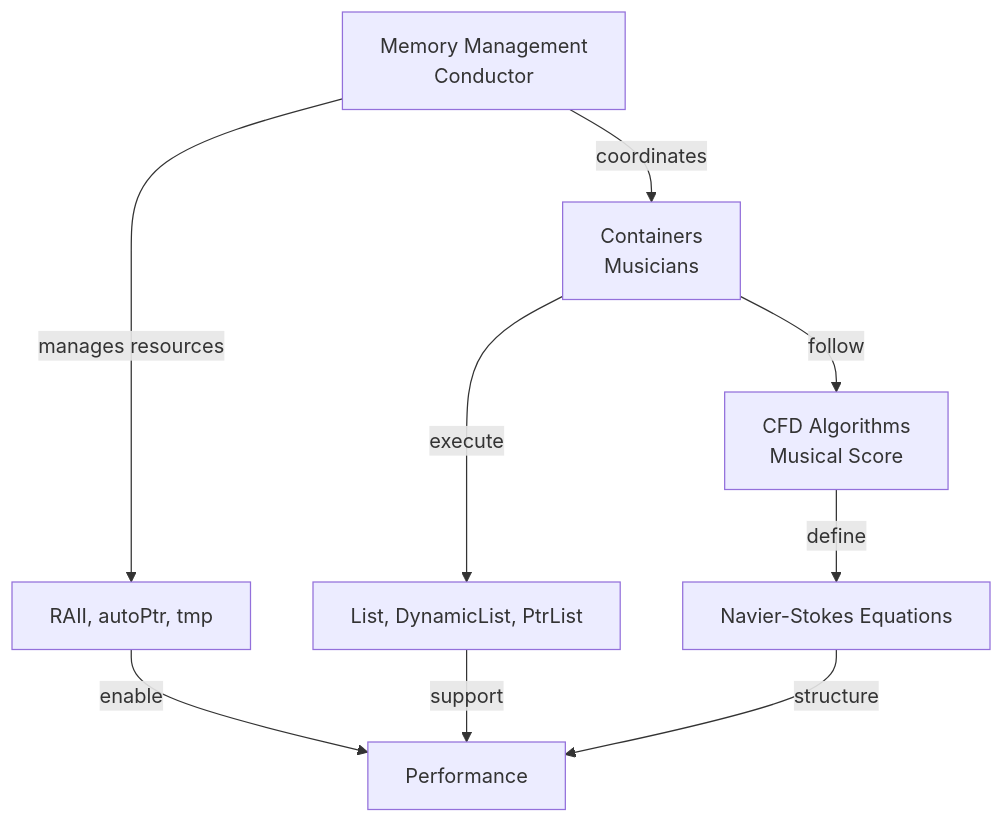
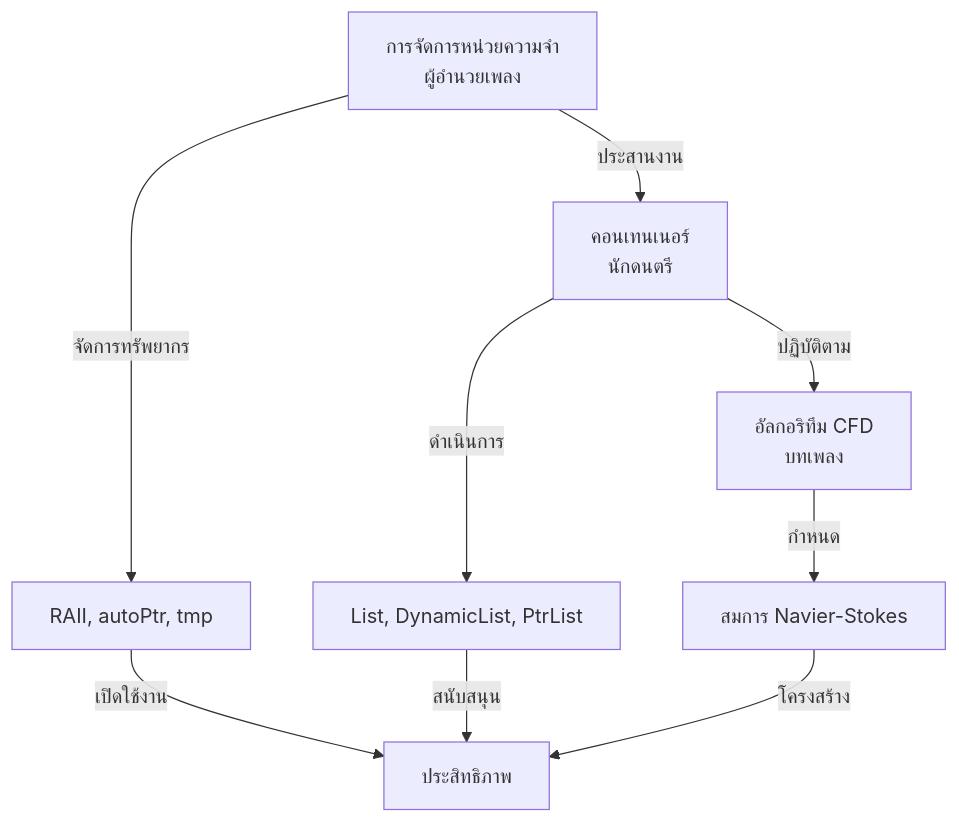
The first of 3 diagrams in MODULE_05_OPENFOAM_PROGRAMMING/CONTENT/03_CONTAINERS_MEMORY/04_Integration_and_Best_Practices.md (wramet/build-my-cfd), drawn with Mermaid before and after one commit. The commit also changed other lines of this file and 104 other files, not shown here.

````diff
--- a/MODULE_05_OPENFOAM_PROGRAMMING/CONTENT/03_CONTAINERS_MEMORY/04_Integration_and_Best_Practices.md
+++ b/MODULE_05_OPENFOAM_PROGRAMMING/CONTENT/03_CONTAINERS_MEMORY/04_Integration_and_Best_Practices.md
@@ -21,11 +21,11 @@
 ```mermaid
 flowchart TD
-    A[Memory Management<br/>Conductor] -->|coordinates| B[Containers<br/>Musicians]
-    B -->|follow| C[CFD Algorithms<br/>Musical Score]
-    A -->|manages resources| D[RAII, autoPtr, tmp]
-    B -->|execute| E[List, DynamicList, PtrList]
-    C -->|define| F[Navier-Stokes Equations]
-    D -->|enable| G[Performance]
-    E -->|support| G
-    F -->|structure| G
+    A[การจัดการหน่วยความจำ<br/>ผู้อำนวยเพลง] -->|ประสานงาน| B[คอนเทนเนอร์<br/>นักดนตรี]
+    B -->|ปฏิบัติตาม| C[อัลกอริทึม CFD<br/>บทเพลง]
+    A -->|จัดการทรัพยากร| D[RAII, autoPtr, tmp]
+    B -->|ดำเนินการ| E[List, DynamicList, PtrList]
+    C -->|กำหนด| F[สมการ Navier-Stokes]
+    D -->|เปิดใช้งาน| G[ประสิทธิภาพ]
+    E -->|สนับสนุน| G
+    F -->|โครงสร้าง| G
 ```
````
